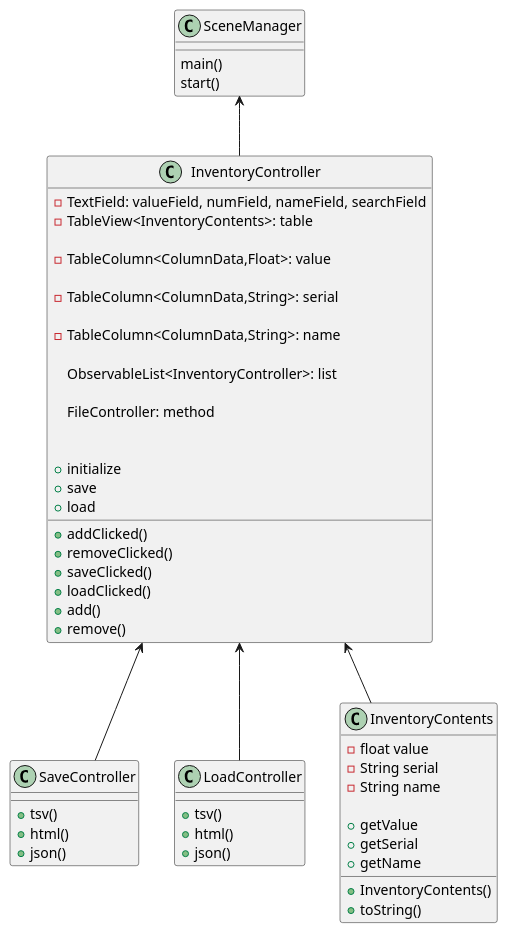
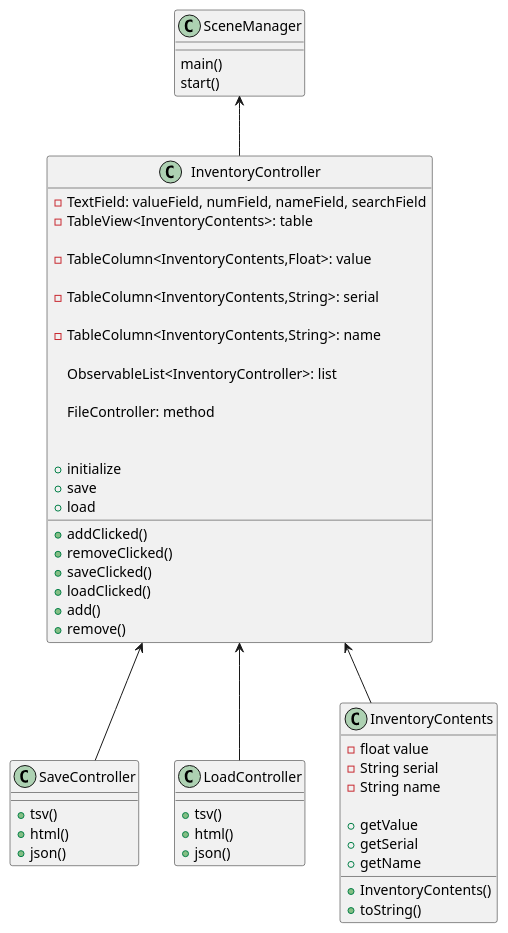
One commit to lcorona26/corona-0708-a5 changed the diagram in uml/classes.puml. Above: the diagram before and after it, drawn with PlantUML.

Commit message:
uml class inventory controller updated

```diff
--- a/uml/classes.puml
+++ b/uml/classes.puml
@@ -1,69 +1,69 @@
 @startuml
 
 class SceneManager{
     main()
     start()
 }
 class InventoryController{
 
     -TextField: valueField, numField, nameField, searchField
     -TableView<InventoryContents>: table
 
-    -TableColumn<ColumnData,Float>: value
+    -TableColumn<InventoryContents,Float>: value
 
-    -TableColumn<ColumnData,String>: serial
+    -TableColumn<InventoryContents,String>: serial
 
-    -TableColumn<ColumnData,String>: name
+    -TableColumn<InventoryContents,String>: name
 
     ObservableList<InventoryController>: list
 
     FileController: method
 
 
     +initialize
     + addClicked()
     + removeClicked()
     + saveClicked()
     + loadClicked()
     + add()
     + remove()
     +save
     +load
 
 
 
 }
 
 class SaveController{
 
    +tsv()
    +html()
    +json()
 }
 class LoadController{
 
    +tsv()
    +html()
    +json()
 }
 class InventoryContents{
 
     -float value
     -String serial
     -String name
 
     +InventoryContents()
     +getValue
     +getSerial
     +getName
     +toString()
 }
 
 
 
 SceneManager <--InventoryController
 InventoryController <-- InventoryContents
 InventoryController <-- SaveController
 InventoryController <-- LoadController
 
 @enduml
```
